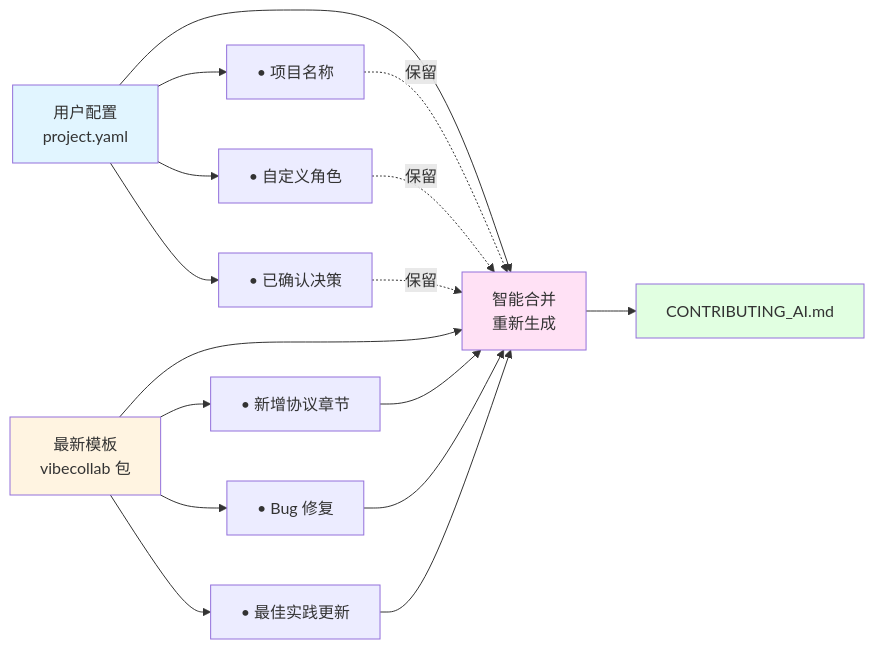
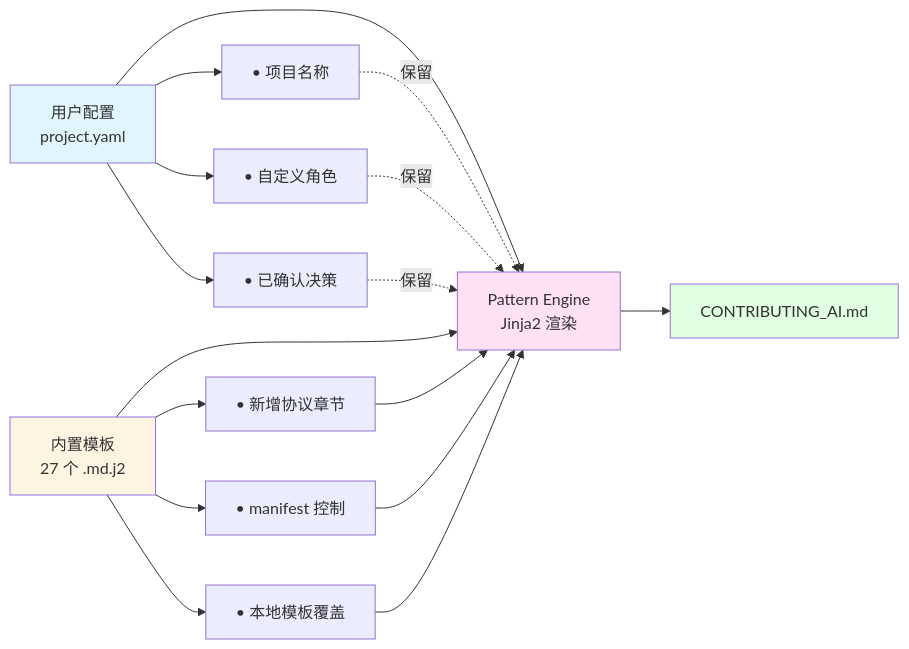
Before and after one commit to flashpoint493/VibeCollab: the second of 2 diagrams in README.md, drawn with Mermaid. The commit also changed other lines of this file and 4 other files, not shown here.

````diff
--- a/README.md
+++ b/README.md
@@ -393,27 +406,27 @@
 ```mermaid
 flowchart LR
-    A[用户配置<br/>project.yaml] --> C[智能合并<br/>重新生成]
-    B[最新模板<br/>vibecollab 包] --> C
+    A[用户配置<br/>project.yaml] --> C[Pattern Engine<br/>Jinja2 渲染]
+    B[内置模板<br/>27 个 .md.j2] --> C
     
     A1[• 项目名称] -.保留.-> C
     A2[• 自定义角色] -.保留.-> C
     A3[• 已确认决策] -.保留.-> C
     
     B1[• 新增协议章节] --> C
-    B2[• Bug 修复] --> C
-    B3[• 最佳实践更新] --> C
+    B2[• manifest 控制] --> C
+    B3[• 本地模板覆盖] --> C
     
     C --> D[CONTRIBUTING_AI.md]
     
     A --> A1
     A --> A2
     A --> A3
     B --> B1
     B --> B2
     B --> B3
     
     style A fill:#e1f5ff
     style B fill:#fff4e1
     style C fill:#ffe1f5
     style D fill:#e1ffe1
 ```
````
